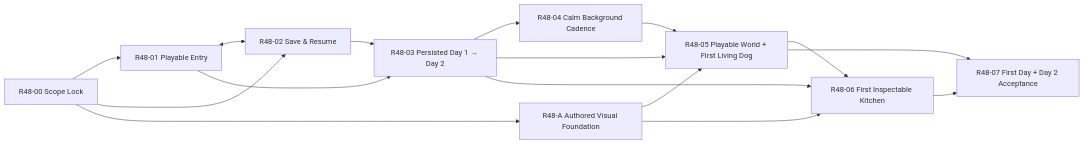
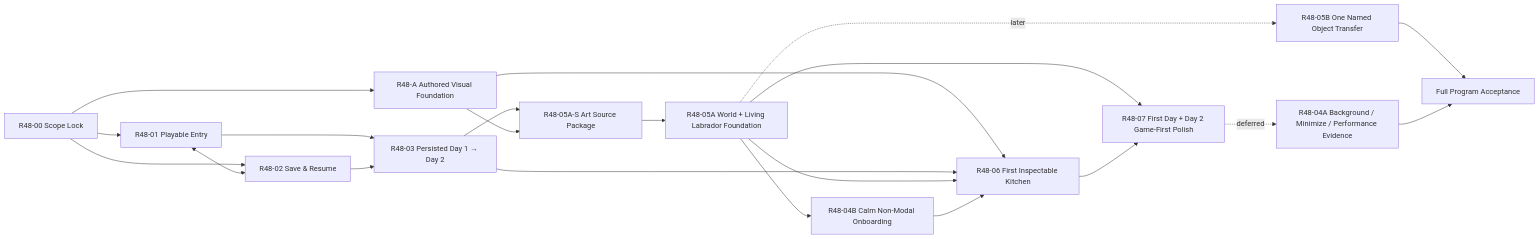
Before and after one commit to barsulka/shelter-steam: the diagram in docs/drive/Shelter/02_PRODUCTS/01_STEAM_DESKTOP/STEAM_DESKTOP__First_48_Hours_Playable_Roadmap_v1.md, drawn with Mermaid. The commit also changed other lines of this file and 2485 other files, not shown here.

````diff
--- a/docs/drive/Shelter/02_PRODUCTS/01_STEAM_DESKTOP/STEAM_DESKTOP__First_48_Hours_Playable_Roadmap_v1.md
+++ b/docs/drive/Shelter/02_PRODUCTS/01_STEAM_DESKTOP/STEAM_DESKTOP__First_48_Hours_Playable_Roadmap_v1.md
@@ -205,18 +225,23 @@
 ```mermaid
 flowchart LR
     R0["R48-00 Scope Lock"] --> R1["R48-01 Playable Entry"]
     R0 --> R2["R48-02 Save & Resume"]
     R1 <--> R2
     R1 --> R3["R48-03 Persisted Day 1 → Day 2"]
     R2 --> R3
-    R3 --> R4["R48-04 Calm Background Cadence"]
     R0 --> RA["R48-A Authored Visual Foundation"]
-    R3 --> R5["R48-05 Playable World + First Living Dog"]
-    R4 --> R5
-    RA --> R5
+    R3 --> R5S["R48-05A-S Art Source Package"]
+    RA --> R5S
+    R5S --> R5A["R48-05A World + Living Labrador Foundation"]
+    R5A --> R4B["R48-04B Calm Non-Modal Onboarding"]
     RA --> R6["R48-06 First Inspectable Kitchen"]
     R3 --> R6
-    R5 --> R6
-    R5 --> R7["R48-07 First Day + Day 2 Acceptance"]
+    R5A --> R6
+    R4B --> R6
+    R5A --> R7["R48-07 First Day + Day 2 Game-First Polish"]
     R6 --> R7
+    R5A -. later .-> R5B["R48-05B One Named Object Transfer"]
+    R7 -. deferred .-> R4A["R48-04A Background / Minimize / Performance Evidence"]
+    R5B --> RF["Full Program Acceptance"]
+    R4A --> RF
 ```
````
